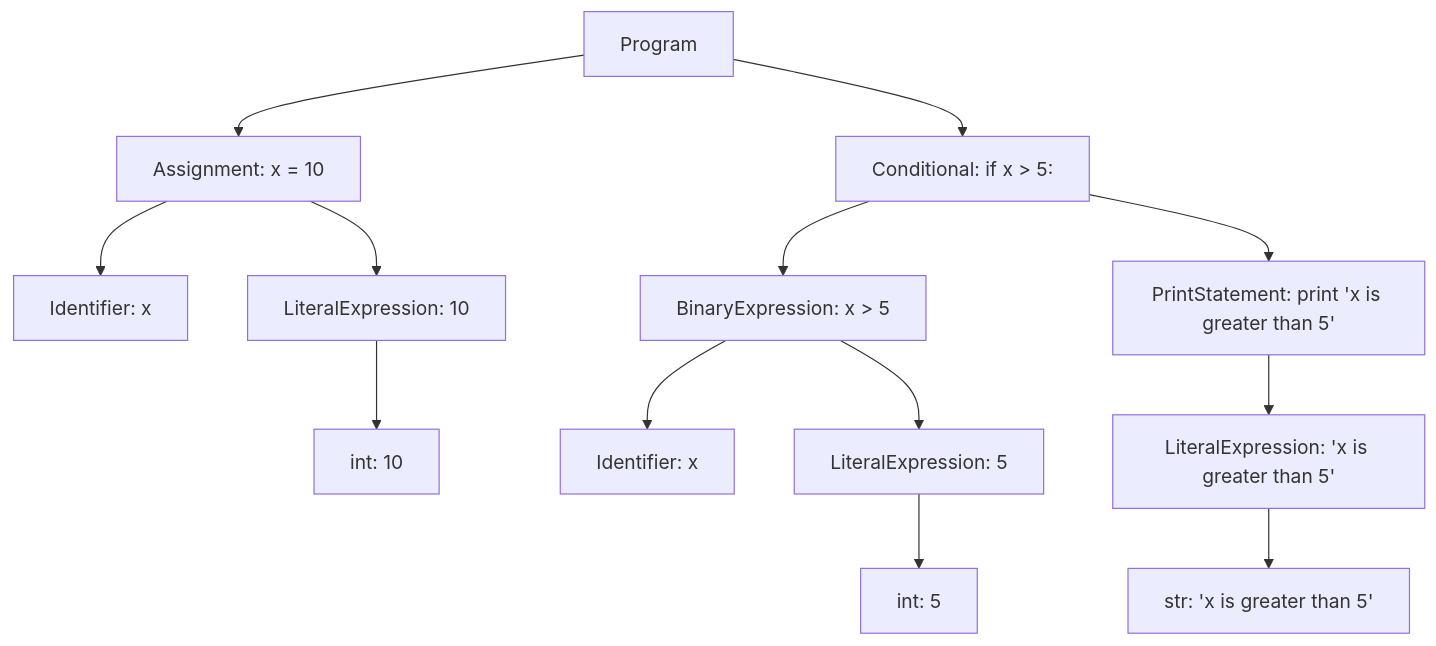
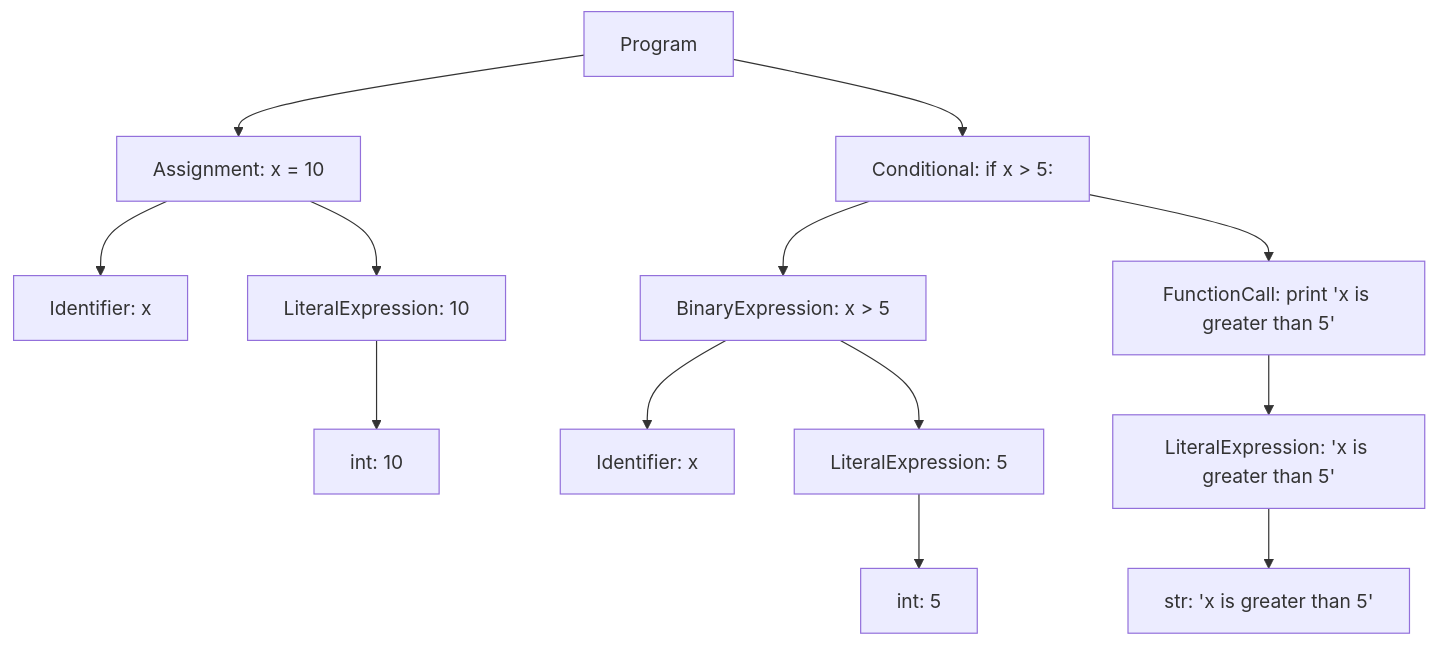
One commit to aitomatic/dana changed the second of 2 diagrams in docs/dana/ast.md. Above: the diagram before and after it, drawn with Mermaid. The commit also changed other lines of this file and 2 other files, not shown here.

Commit message:
Refactor print statement handling in documentation and grammar
- Removed references to PrintStatement in the AST and grammar documentation, transitioning to FunctionCall for print functionality.
- Updated the AST node types and grammar rules to reflect the removal of PrintStatement.
- Adjusted related documentation to ensure consistency with the new structure.

````diff
--- a/docs/dana/ast.md
+++ b/docs/dana/ast.md
@@ -88,29 +88,29 @@
 ```mermaid
 graph TD
     Program[Program]
     Assignment[Assignment: x = 10]
     Conditional[Conditional: if x > 5:]
     Identifier[Identifier: x]
     LiteralExpression[LiteralExpression: 10]
     int[int: 10]
     BinaryExpression[BinaryExpression: x > 5]
     Identifier2[Identifier: x]
     LiteralExpression2[LiteralExpression: 5]
     int2[int: 5]
-    PrintStatement[PrintStatement: print 'x is greater than 5']
+    FunctionCall[FunctionCall: print 'x is greater than 5']
     LiteralExpression3[LiteralExpression: 'x is greater than 5']
     str[str: 'x is greater than 5']
 
     Program --> Assignment
     Program --> Conditional
     Assignment --> Identifier
     Assignment --> LiteralExpression
     LiteralExpression --> int
     Conditional --> BinaryExpression
-    Conditional --> PrintStatement
+    Conditional --> FunctionCall
     BinaryExpression --> Identifier2
     BinaryExpression --> LiteralExpression2
     LiteralExpression2 --> int2
-    PrintStatement --> LiteralExpression3
+    FunctionCall --> LiteralExpression3
     LiteralExpression3 --> str
 ```
````
